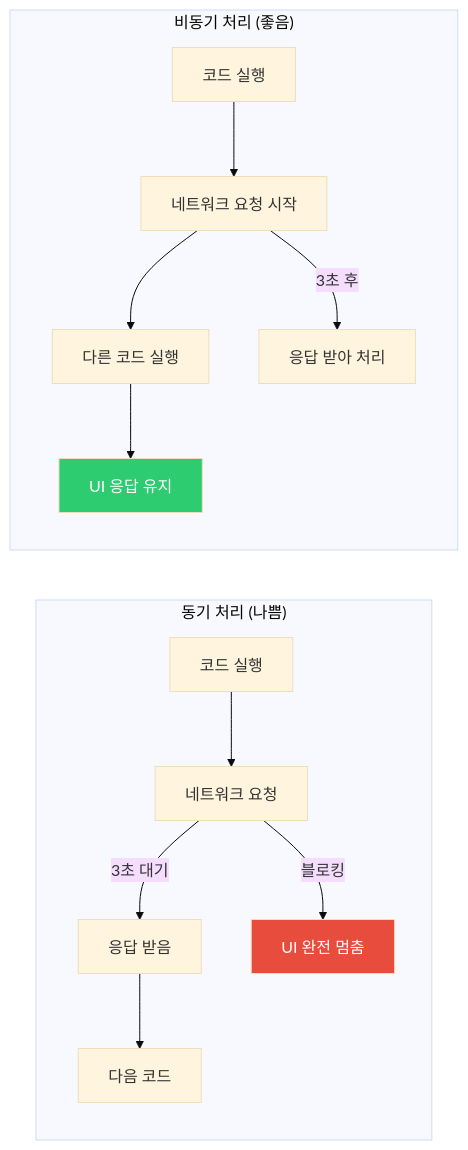
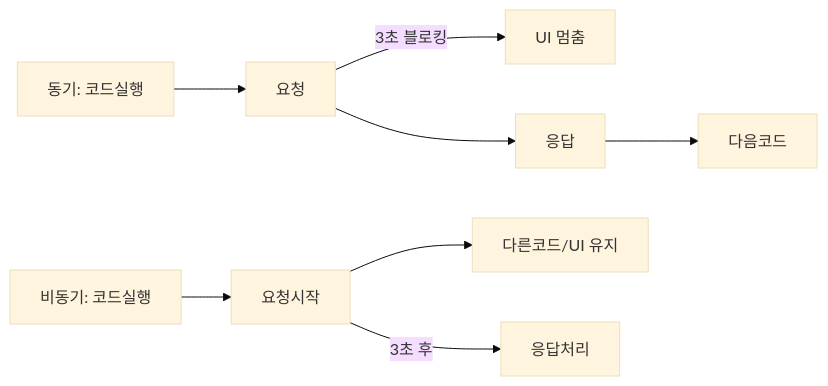
The first of 6 diagrams in _posts/frontend/2026-05-02-js-async.md (yjkim2015/yjkim2015.github.io), drawn with Mermaid (base theme) before and after one commit. The commit also changed other lines of this file and 215 other files, not shown here.

First line of the commit message:
신규 포스트 10개 추가 + Mermaid 전면 축소 + SystemDesign 시리즈 보강

````diff
--- a/_posts/frontend/2026-05-02-js-async.md
+++ b/_posts/frontend/2026-05-02-js-async.md
@@ -28,19 +28,7 @@
 ```mermaid
 graph LR
-    subgraph "동기 처리 (나쁨)"
-        A1["코드 실행"] --> B1["네트워크 요청"]
-        B1 -->|"3초 대기"| C1["응답 받음"]
-        C1 --> D1["다음 코드"]
-        B1 -->|"블로킹"| FREEZE["UI 완전 멈춤"]
-    end
-
-    subgraph "비동기 처리 (좋음)"
-        A2["코드 실행"] --> B2["네트워크 요청 시작"]
-        B2 --> C2["다른 코드 실행"]
-        C2 --> D2["UI 응답 유지"]
-        B2 -->|"3초 후"| E2["응답 받아 처리"]
-    end
-
-    style FREEZE fill:#e74c3c,color:#fff
-    style D2 fill:#2ecc71,color:#fff
+    A1["동기: 코드실행"] --> B1["요청"] -->|"3초 블로킹"| FREEZE["UI 멈춤"]
+    B1 --> C1["응답"] --> D1["다음코드"]
+    A2["비동기: 코드실행"] --> B2["요청시작"] --> C2["다른코드/UI 유지"]
+    B2 -->|"3초 후"| E2["응답처리"]
 ```
````
